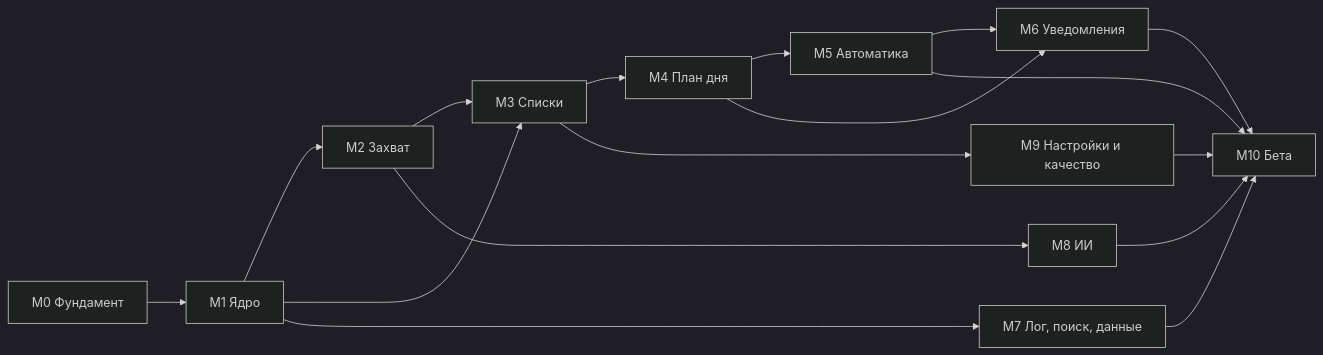
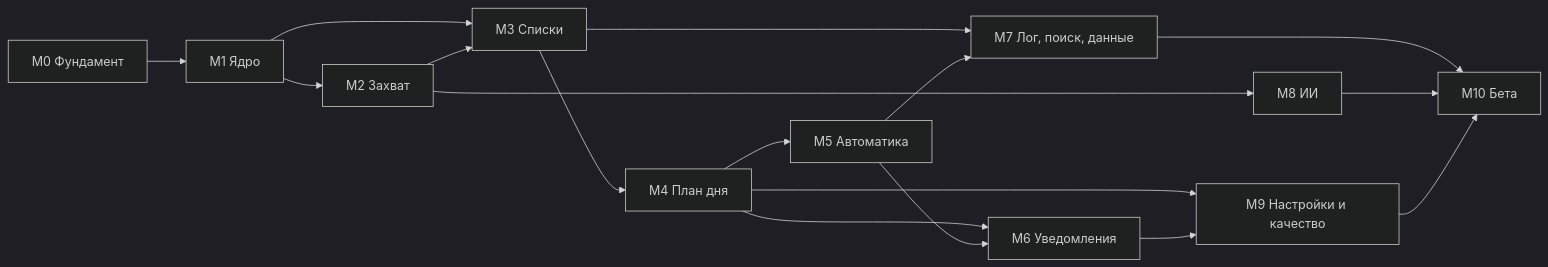
Before and after one commit to 0xNaezo/Tasker: the fourth of 4 diagrams in docs/tech-plan.md, drawn with Mermaid (dark theme). The commit also changed other lines of this file, not shown here.

````diff
--- a/docs/tech-plan.md
+++ b/docs/tech-plan.md
@@ -1054,19 +1099,19 @@
 ```mermaid
 flowchart LR
     M0["M0 Фундамент"] --> M1["M1 Ядро"]
     M1 --> M2["M2 Захват"]
     M1 --> M3["M3 Списки"]
     M2 --> M3
     M3 --> M4["M4 План дня"]
     M4 --> M5["M5 Автоматика"]
     M4 --> M6["M6 Уведомления"]
     M5 --> M6
-    M1 --> M7["M7 Лог, поиск, данные"]
+    M3 --> M7["M7 Лог, поиск, данные"]
+    M5 --> M7
     M2 --> M8["M8 ИИ"]
-    M3 --> M9["M9 Настройки и качество"]
-    M5 --> M10["M10 Бета"]
-    M6 --> M10
-    M7 --> M10
+    M4 --> M9["M9 Настройки и качество"]
+    M6 --> M9
+    M7 --> M10["M10 Бета"]
     M8 --> M10
     M9 --> M10
 ```
````
